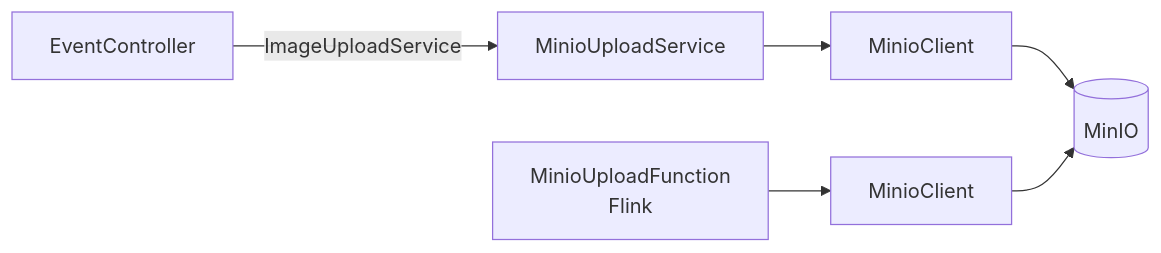
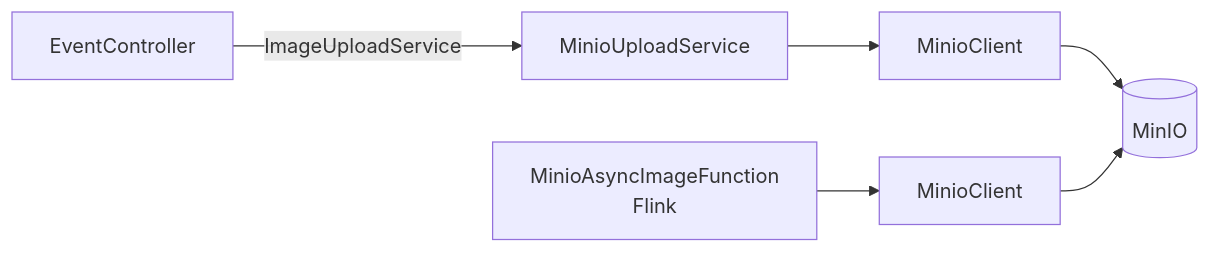
Before and after one commit to erancha/springboot-kafka-flink-postgres-minio-pipeline: the first of 2 diagrams in docs/eventtype/s3-migration.md, drawn with Mermaid. The commit also changed other lines of this file and 37 other files, not shown here.

````diff
--- a/docs/eventtype/s3-migration.md
+++ b/docs/eventtype/s3-migration.md
@@ -9,9 +9,9 @@
 ```mermaid
 graph LR
     EC[EventController] -->|ImageUploadService| MUS[MinioUploadService]
     MUS --> MC[MinioClient]
     MC --> MinIO[(MinIO)]
 
-    MUF[MinioUploadFunction\nFlink] --> MC2[MinioClient]
+    MUF[MinioAsyncImageFunction\nFlink] --> MC2[MinioClient]
     MC2 --> MinIO
 ```
````
